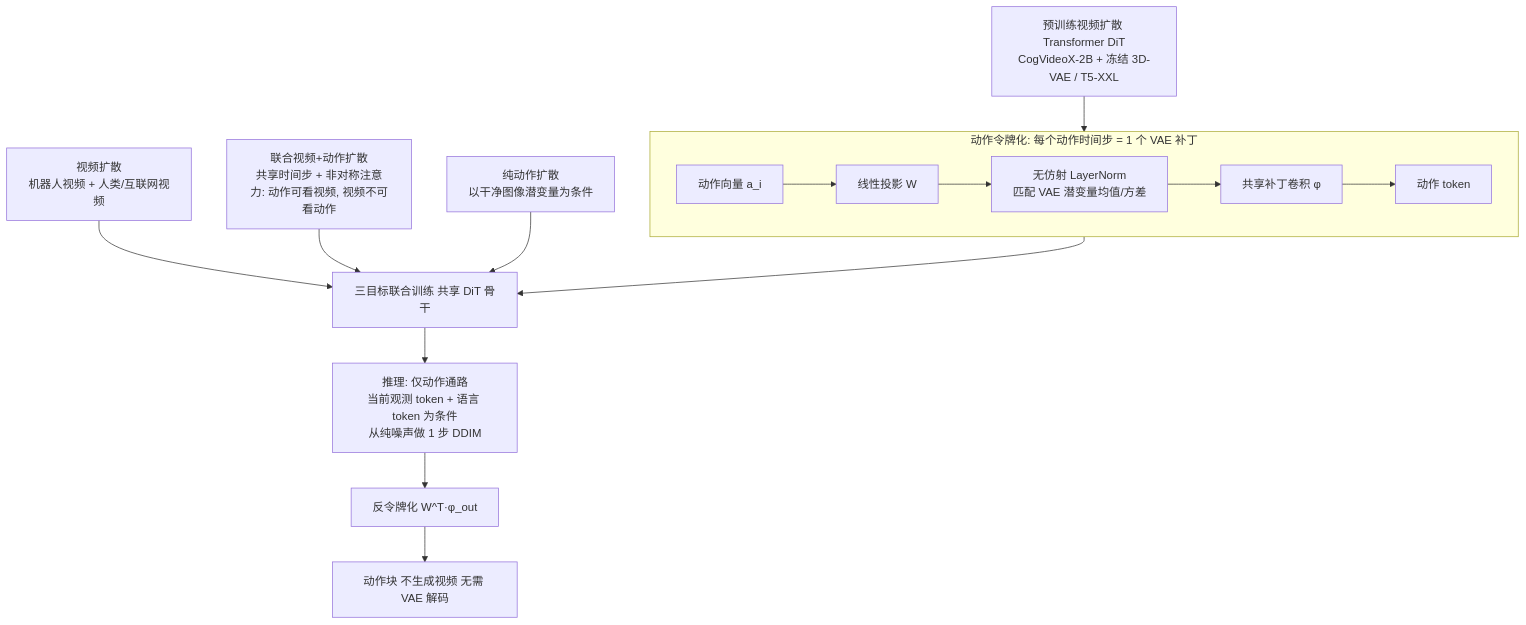
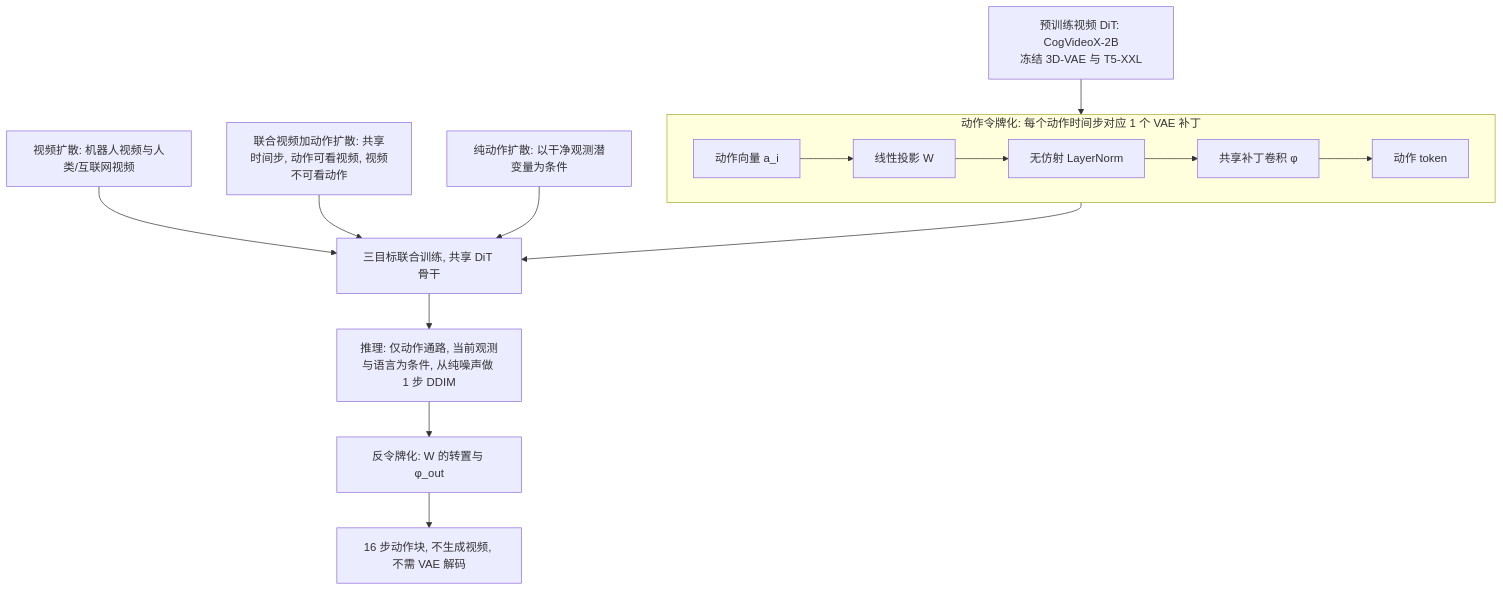
The diagram in wiki/entities/paper-tapestry.md (ImChong/Robotics_Notebooks), drawn with Mermaid before and after one commit. The commit also changed other lines of this file and 196 other files, not shown here.

````diff
--- a/wiki/entities/paper-tapestry.md
+++ b/wiki/entities/paper-tapestry.md
@@ -48,15 +73,15 @@
 ```mermaid
 flowchart TD
-  PT[预训练视频扩散 Transformer DiT<br/>CogVideoX-2B + 冻结 3D-VAE / T5-XXL] --> TOK
-  subgraph TOK[动作令牌化: 每个动作时间步 = 1 个 VAE 补丁]
+  PT["预训练视频 DiT: CogVideoX-2B<br/>冻结 3D-VAE 与 T5-XXL"] --> TOK
+  subgraph TOK["动作令牌化: 每个动作时间步对应 1 个 VAE 补丁"]
     direction LR
-    A0[动作向量 a_i] --> W[线性投影 W] --> LN[无仿射 LayerNorm<br/>匹配 VAE 潜变量均值/方差] --> PH[共享补丁卷积 φ] --> AT[动作 token]
+    A0["动作向量 a_i"] --> W["线性投影 W"] --> LN["无仿射 LayerNorm"] --> PH["共享补丁卷积 φ"] --> AT["动作 token"]
   end
-  TOK --> TR[三目标联合训练 共享 DiT 骨干]
-  VD[视频扩散<br/>机器人视频 + 人类/互联网视频] --> TR
-  JD[联合视频+动作扩散<br/>共享时间步 + 非对称注意力: 动作可看视频, 视频不可看动作] --> TR
-  AD[纯动作扩散<br/>以干净图像潜变量为条件] --> TR
-  TR --> INF[推理: 仅动作通路<br/>当前观测 token + 语言 token 为条件<br/>从纯噪声做 1 步 DDIM]
-  INF --> DE[反令牌化 W^T·φ_out]
-  DE --> OUT[动作块 不生成视频 无需 VAE 解码]
+  TOK --> TR["三目标联合训练, 共享 DiT 骨干"]
+  VD["视频扩散: 机器人视频与人类/互联网视频"] --> TR
+  JD["联合视频加动作扩散: 共享时间步, 动作可看视频, 视频不可看动作"] --> TR
+  AD["纯动作扩散: 以干净观测潜变量为条件"] --> TR
+  TR --> INF["推理: 仅动作通路, 当前观测与语言为条件, 从纯噪声做 1 步 DDIM"]
+  INF --> DE["反令牌化: W 的转置与 φ_out"]
+  DE --> OUT["16 步动作块, 不生成视频, 不需 VAE 解码"]
 ```
````
